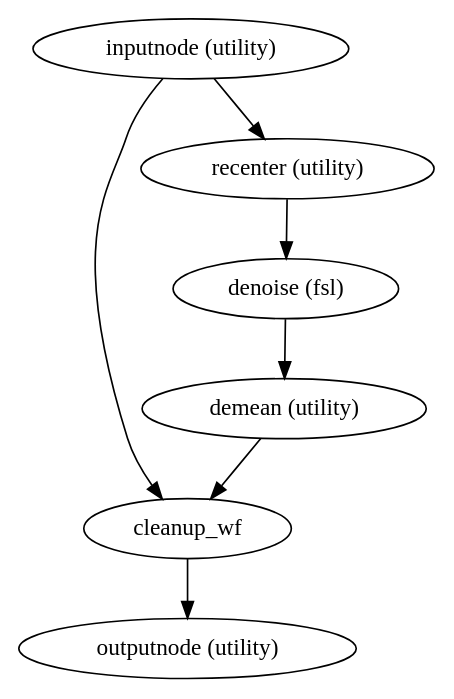
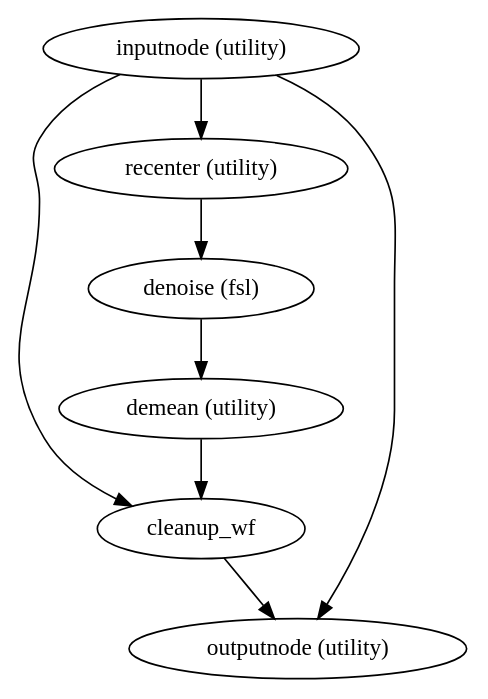
The diagram in master/wf_directive/api/fmap_postproc_wf/sdcflows-workflows-gre-1.dot (wayne009007/sdcflows), drawn with Graphviz before and after one commit. The commit also changed 189 other files, not shown here.

```diff
--- a/master/wf_directive/api/fmap_postproc_wf/sdcflows-workflows-gre-1.dot
+++ b/master/wf_directive/api/fmap_postproc_wf/sdcflows-workflows-gre-1.dot
@@ -1,14 +1,15 @@
 strict digraph  {
 "inputnode (utility)";
 cleanup_wf;
 "recenter (utility)";
 "outputnode (utility)";
 "denoise (fsl)";
 "demean (utility)";
 "inputnode (utility)" -> cleanup_wf;
 "inputnode (utility)" -> "recenter (utility)";
+"inputnode (utility)" -> "outputnode (utility)";
 cleanup_wf -> "outputnode (utility)";
 "recenter (utility)" -> "denoise (fsl)";
 "denoise (fsl)" -> "demean (utility)";
 "demean (utility)" -> cleanup_wf;
 }
```
